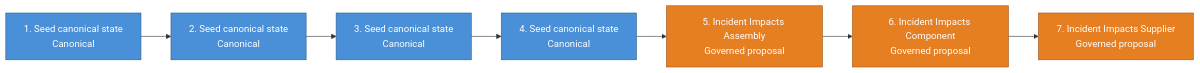
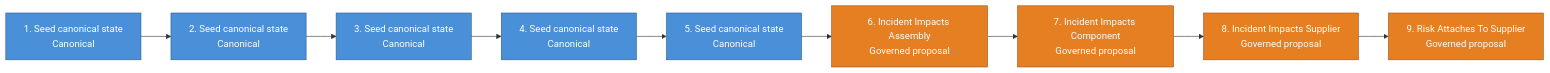
One commit to cruxible-ai/cruxible changed the second of 2 diagrams in kits/supply-chain-blast-radius/README.md. Above: the diagram before and after it, drawn with Mermaid. The commit also changed other lines of this file and 15 other files, not shown here.

````diff
--- a/kits/supply-chain-blast-radius/README.md
+++ b/kits/supply-chain-blast-radius/README.md
@@ -94,21 +135,25 @@
 ```mermaid
 flowchart LR
   classDef canonicalWorkflow fill:#4a90d9,stroke:#2c5f8a,color:#fff
   classDef governedWorkflow fill:#e67e22,stroke:#a0521c,color:#fff
 
-  workflow_pipeline_build_seed_state["1. Seed canonical state<br/>Canonical"]
-  workflow_pipeline_ingest_incidents["2. Seed canonical state<br/>Canonical"]
-  workflow_pipeline_sync_inventory_positions["3. Seed canonical state<br/>Canonical"]
-  workflow_pipeline_sync_product_buffer_assessments["4. Seed canonical state<br/>Canonical"]
-  workflow_pipeline_propose_incident_impacts_assembly["5. Incident Impacts Assembly<br/>Governed proposal"]
-  workflow_pipeline_propose_incident_impacts_component["6. Incident Impacts Component<br/>Governed proposal"]
-  workflow_pipeline_propose_incident_impacts_supplier["7. Incident Impacts Supplier<br/>Governed proposal"]
+  workflow_pipeline_apply_operations_routing["1. Seed canonical state<br/>Canonical"]
+  workflow_pipeline_build_seed_state["2. Seed canonical state<br/>Canonical"]
+  workflow_pipeline_ingest_incidents["3. Seed canonical state<br/>Canonical"]
+  workflow_pipeline_sync_inventory_positions["4. Seed canonical state<br/>Canonical"]
+  workflow_pipeline_sync_product_buffer_assessments["5. Seed canonical state<br/>Canonical"]
+  workflow_pipeline_propose_incident_impacts_assembly["6. Incident Impacts Assembly<br/>Governed proposal"]
+  workflow_pipeline_propose_incident_impacts_component["7. Incident Impacts Component<br/>Governed proposal"]
+  workflow_pipeline_propose_incident_impacts_supplier["8. Incident Impacts Supplier<br/>Governed proposal"]
+  workflow_pipeline_propose_risk_attaches_to_supplier["9. Risk Attaches To Supplier<br/>Governed proposal"]
+  workflow_pipeline_apply_operations_routing --> workflow_pipeline_build_seed_state
   workflow_pipeline_build_seed_state --> workflow_pipeline_ingest_incidents
   workflow_pipeline_ingest_incidents --> workflow_pipeline_sync_inventory_positions
   workflow_pipeline_sync_inventory_positions --> workflow_pipeline_sync_product_buffer_assessments
   workflow_pipeline_sync_product_buffer_assessments --> workflow_pipeline_propose_incident_impacts_assembly
   workflow_pipeline_propose_incident_impacts_assembly --> workflow_pipeline_propose_incident_impacts_component
   workflow_pipeline_propose_incident_impacts_component --> workflow_pipeline_propose_incident_impacts_supplier
-  class workflow_pipeline_build_seed_state,workflow_pipeline_ingest_incidents,workflow_pipeline_sync_inventory_positions,workflow_pipeline_sync_product_buffer_assessments canonicalWorkflow
-  class workflow_pipeline_propose_incident_impacts_assembly,workflow_pipeline_propose_incident_impacts_component,workflow_pipeline_propose_incident_impacts_supplier governedWorkflow
+  workflow_pipeline_propose_incident_impacts_supplier --> workflow_pipeline_propose_risk_attaches_to_supplier
+  class workflow_pipeline_apply_operations_routing,workflow_pipeline_build_seed_state,workflow_pipeline_ingest_incidents,workflow_pipeline_sync_inventory_positions,workflow_pipeline_sync_product_buffer_assessments canonicalWorkflow
+  class workflow_pipeline_propose_incident_impacts_assembly,workflow_pipeline_propose_incident_impacts_component,workflow_pipeline_propose_incident_impacts_supplier,workflow_pipeline_propose_risk_attaches_to_supplier governedWorkflow
 ```
````
